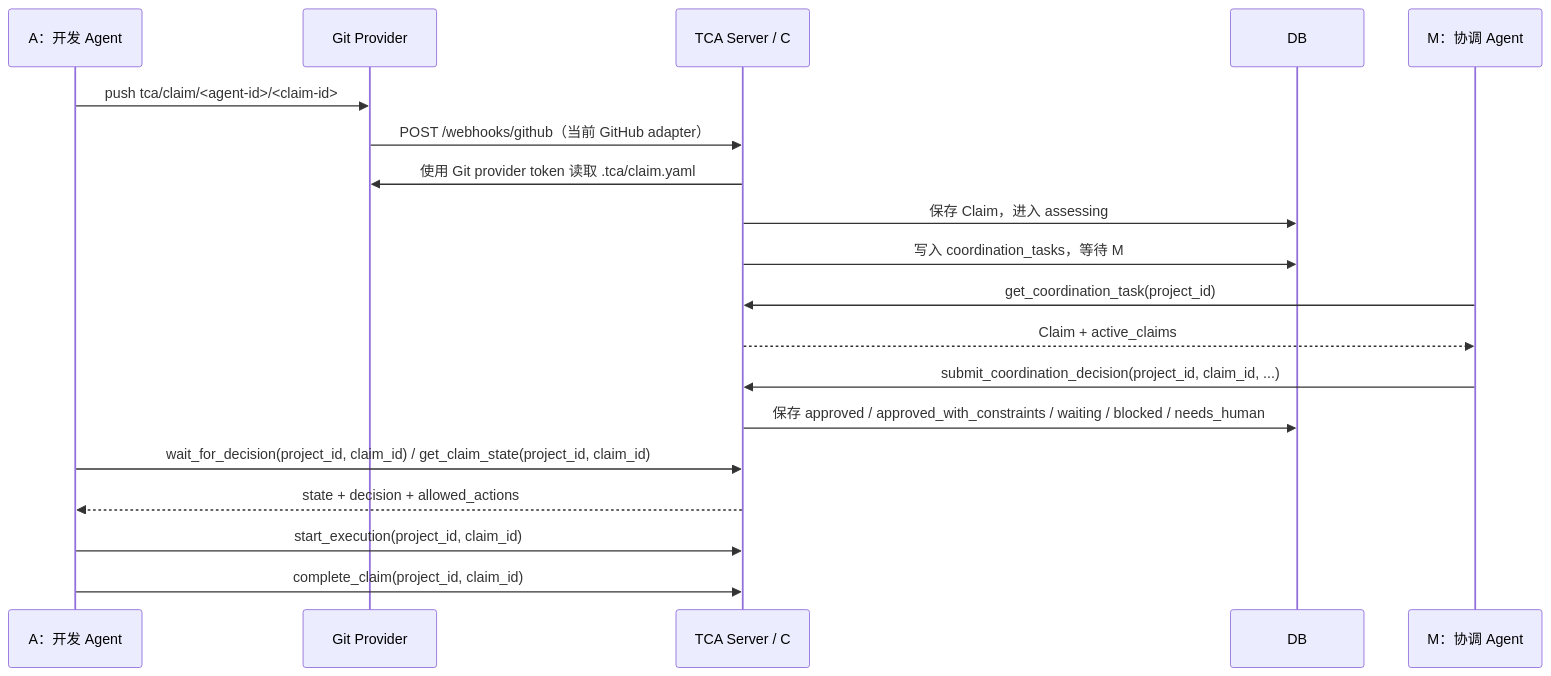
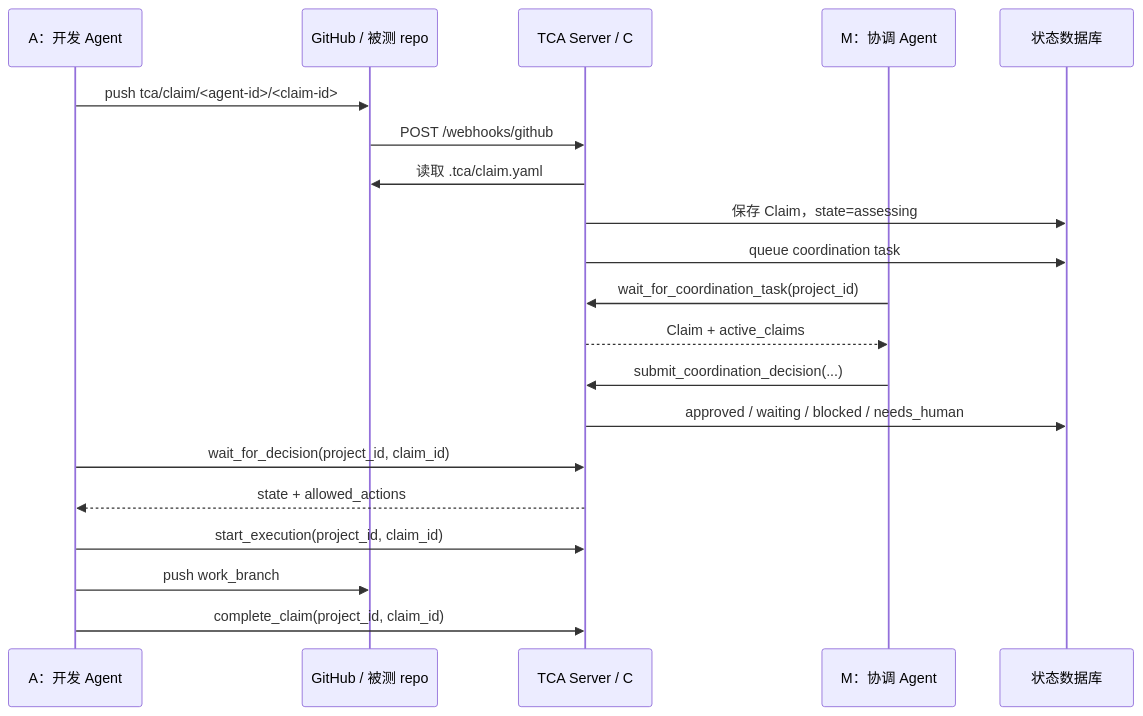
The second of 2 diagrams in docs/tca-guide.md (yigezong/tca), drawn with Mermaid before and after one commit. The commit also changed other lines of this file and 8 other files, not shown here.

````diff
--- a/docs/tca-guide.md
+++ b/docs/tca-guide.md
@@ -55,22 +44,23 @@
 ```mermaid
 sequenceDiagram
     participant A as A：开发 Agent
-    participant Git as Git Provider
+    participant Git as GitHub / 被测 repo
     participant C as TCA Server / C
-    participant DB as DB
     participant M as M：协调 Agent
+    participant DB as 状态数据库
 
     A->>Git: push tca/claim/<agent-id>/<claim-id>
-    Git->>C: POST /webhooks/github（当前 GitHub adapter）
-    C->>Git: 使用 Git provider token 读取 .tca/claim.yaml
-    C->>DB: 保存 Claim，进入 assessing
-    C->>DB: 写入 coordination_tasks，等待 M
-    M->>C: get_coordination_task(project_id)
+    Git->>C: POST /webhooks/github
+    C->>Git: 读取 .tca/claim.yaml
+    C->>DB: 保存 Claim，state=assessing
+    C->>DB: queue coordination task
+    M->>C: wait_for_coordination_task(project_id)
     C-->>M: Claim + active_claims
-    M->>C: submit_coordination_decision(project_id, claim_id, ...)
-    C->>DB: 保存 approved / approved_with_constraints / waiting / blocked / needs_human
-    A->>C: wait_for_decision(project_id, claim_id) / get_claim_state(project_id, claim_id)
-    C-->>A: state + decision + allowed_actions
+    M->>C: submit_coordination_decision(...)
+    C->>DB: approved / waiting / blocked / needs_human
+    A->>C: wait_for_decision(project_id, claim_id)
+    C-->>A: state + allowed_actions
     A->>C: start_execution(project_id, claim_id)
+    A->>Git: push work_branch
     A->>C: complete_claim(project_id, claim_id)
 ```
````
